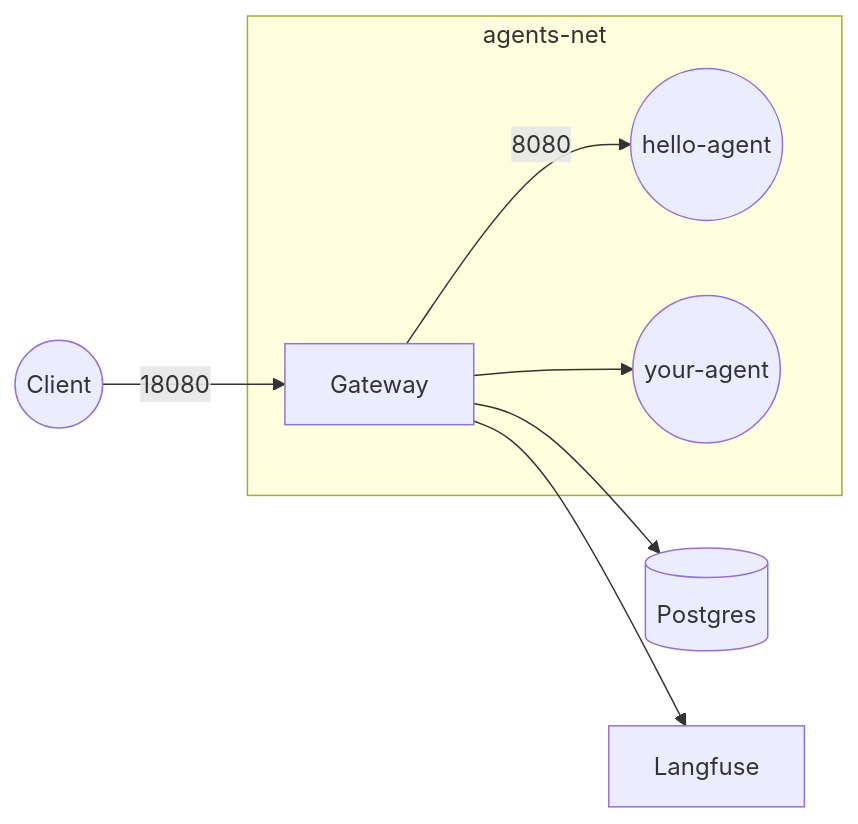
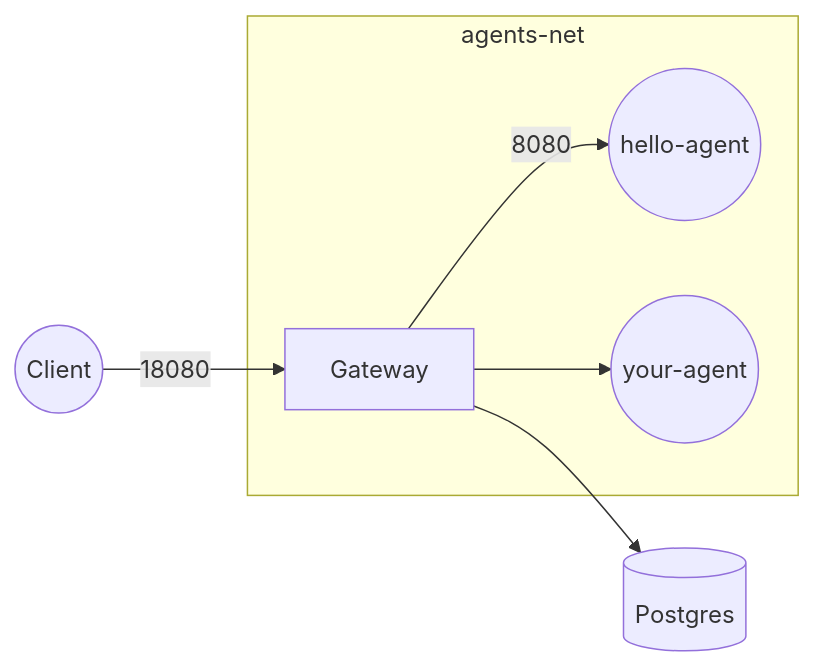
One commit to agentsystems/agent-control-plane changed the diagram in README.md. Above: the diagram before and after it, drawn with Mermaid. The commit also changed other lines of this file, not shown here.

````diff
--- a/README.md
+++ b/README.md
@@ -24,10 +22,10 @@
 ```mermaid
 graph LR
   C((Client)) -- 18080 --> G[Gateway]
   subgraph "agents-net"
     G -- 8080 --> A1((hello-agent))
     G --> A2((your-agent))
   end
   G --> PG[(Postgres)]
-  G --> LF[Langfuse]
+
 ```
````
